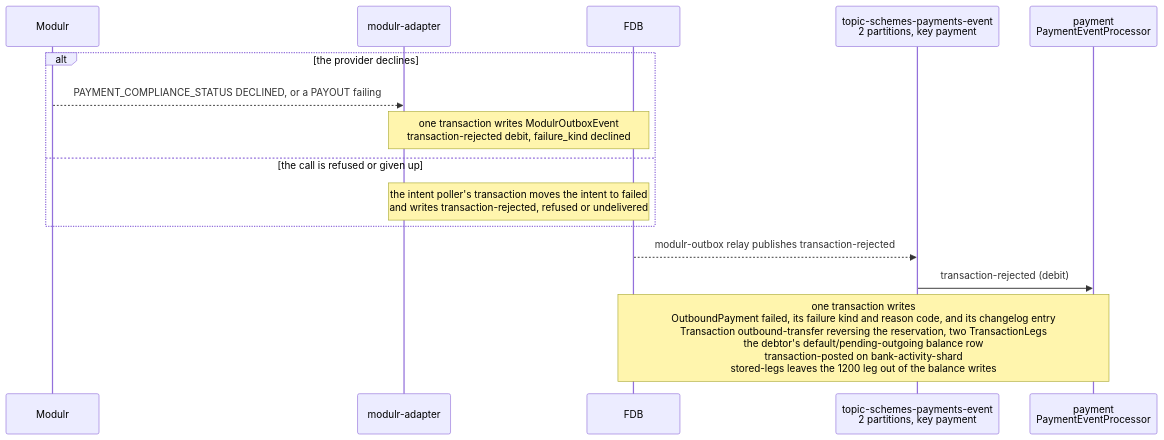
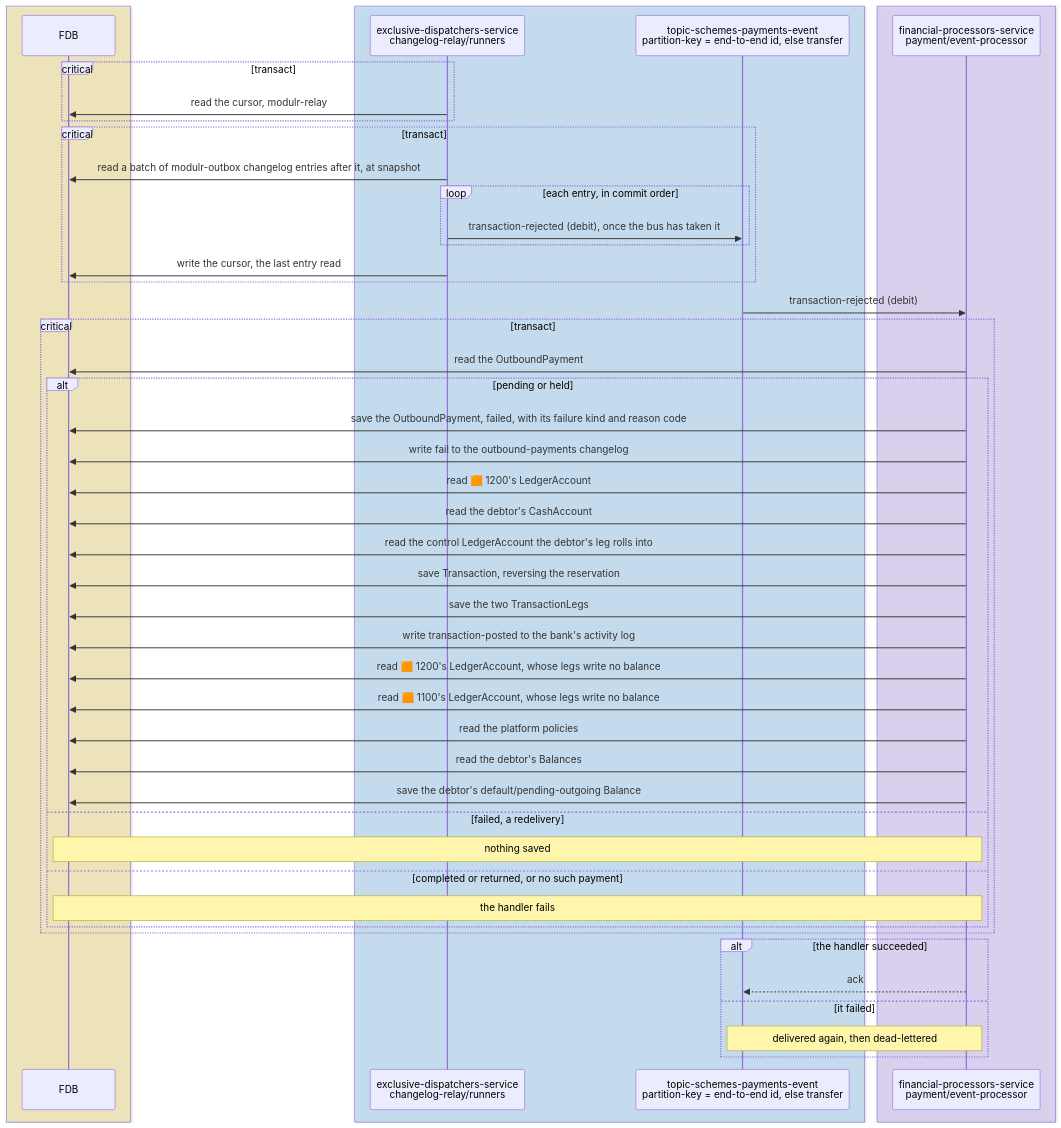
Before and after one commit to repldriven/queenswood: diagram 11 of 15 in docs/tdd/payments-outbound.md, drawn with Mermaid. The commit also changed other lines of this file and 3 other files, not shown here.

First line of the commit message:
Draw each FDB transaction as a commit to it, and name every participant as it is in the code (#822)

````diff
--- a/docs/tdd/payments-outbound.md
+++ b/docs/tdd/payments-outbound.md
@@ -171,17 +599,51 @@
 ```mermaid
 sequenceDiagram
-    participant PR as Modulr
-    participant AD as modulr-adapter
+    box rgba(255, 236, 153, 0.5)
     participant DB as FDB
-    participant SE as topic-schemes-payments-event<br/>2 partitions, key payment
-    participant PE as payment<br/>PaymentEventProcessor
-    alt the provider declines
-        PR-->>AD: PAYMENT_COMPLIANCE_STATUS DECLINED, or a PAYOUT failing
-        Note over AD,DB: one transaction writes ModulrOutboxEvent<br/>transaction-rejected debit, failure_kind declined
-    else the call is refused or given up
-        Note over AD,DB: the intent poller's transaction moves the intent to failed<br/>and writes transaction-rejected, refused or undelivered
     end
-    DB-->>SE: modulr-outbox relay publishes transaction-rejected
+    box rgba(165, 216, 255, 0.45)
+    participant OR as exclusive-dispatchers-service<br/>changelog-relay/runners
+    participant SE as topic-schemes-payments-event<br/>partition-key = end-to-end id, else transfer
+    end
+    box rgba(208, 191, 255, 0.45)
+    participant PE as financial-processors-service<br/>payment/event-processor
+    end
+    critical transact
+    OR->>DB: read the cursor, modulr-relay
+    end
+    critical transact
+    OR->>DB: read a batch of modulr-outbox changelog entries after it, at snapshot
+    loop each entry, in commit order
+    OR->>SE: transaction-rejected (debit), once the bus has taken it
+    end
+    OR->>DB: write the cursor, the last entry read
+    end
     SE->>PE: transaction-rejected (debit)
-    Note over PE,DB: one transaction writes<br/>OutboundPayment failed, its failure kind and reason code, and its changelog entry<br/>Transaction outbound-transfer reversing the reservation, two TransactionLegs<br/>the debtor's default/pending-outgoing balance row<br/>transaction-posted on bank-activity-shard<br/>stored-legs leaves the 1200 leg out of the balance writes
+    critical transact
+    PE->>DB: read the OutboundPayment
+    alt pending or held
+    PE->>DB: save the OutboundPayment, failed, with its failure kind and reason code
+    PE->>DB: write fail to the outbound-payments changelog
+    PE->>DB: read 🟧 1200's LedgerAccount
+    PE->>DB: read the debtor's CashAccount
+    PE->>DB: read the control LedgerAccount the debtor's leg rolls into
+    PE->>DB: save Transaction, reversing the reservation
+    PE->>DB: save the two TransactionLegs
+    PE->>DB: write transaction-posted to the bank's activity log
+    PE->>DB: read 🟧 1200's LedgerAccount, whose legs write no balance
+    PE->>DB: read 🟧 1100's LedgerAccount, whose legs write no balance
+    PE->>DB: read the platform policies
+    PE->>DB: read the debtor's Balances
+    PE->>DB: save the debtor's default/pending-outgoing Balance
+    else failed, a redelivery
+    Note over PE,DB: nothing saved
+    else completed or returned, or no such payment
+    Note over PE,DB: the handler fails
+    end
+    end
+    alt the handler succeeded
+    PE-->>SE: ack
+    else it failed
+    Note over PE,SE: delivered again, then dead-lettered
+    end
 ```
````
